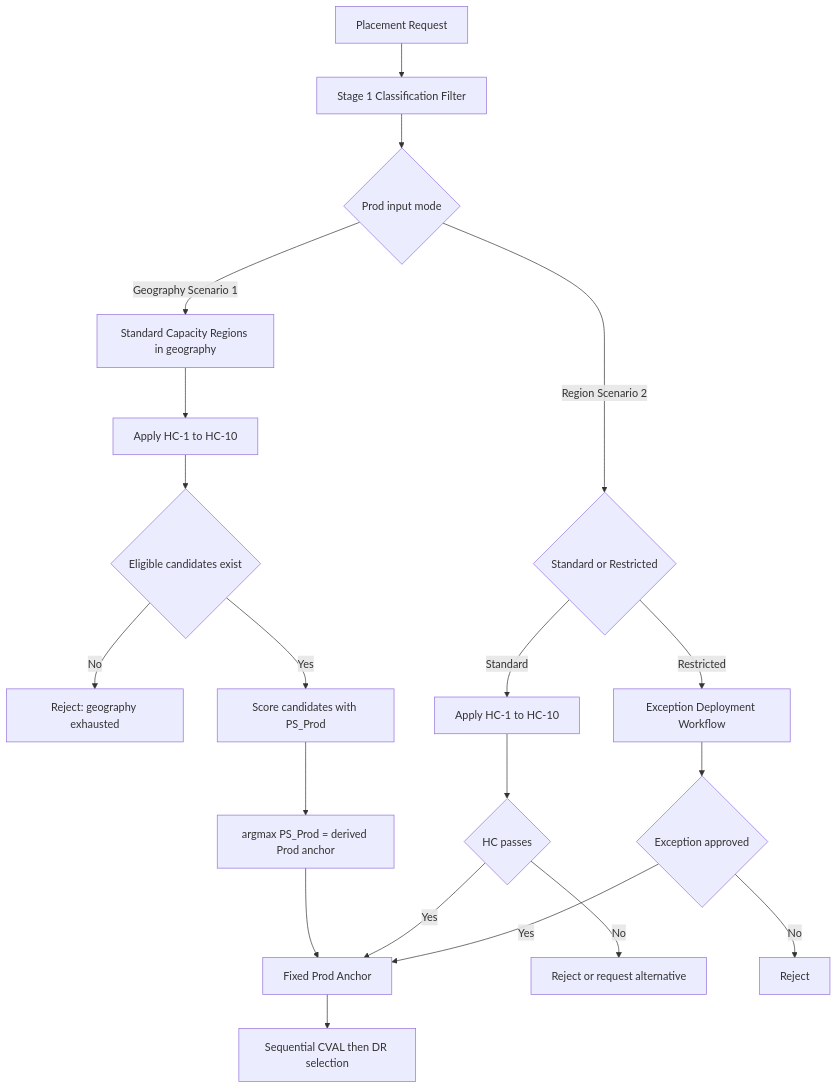
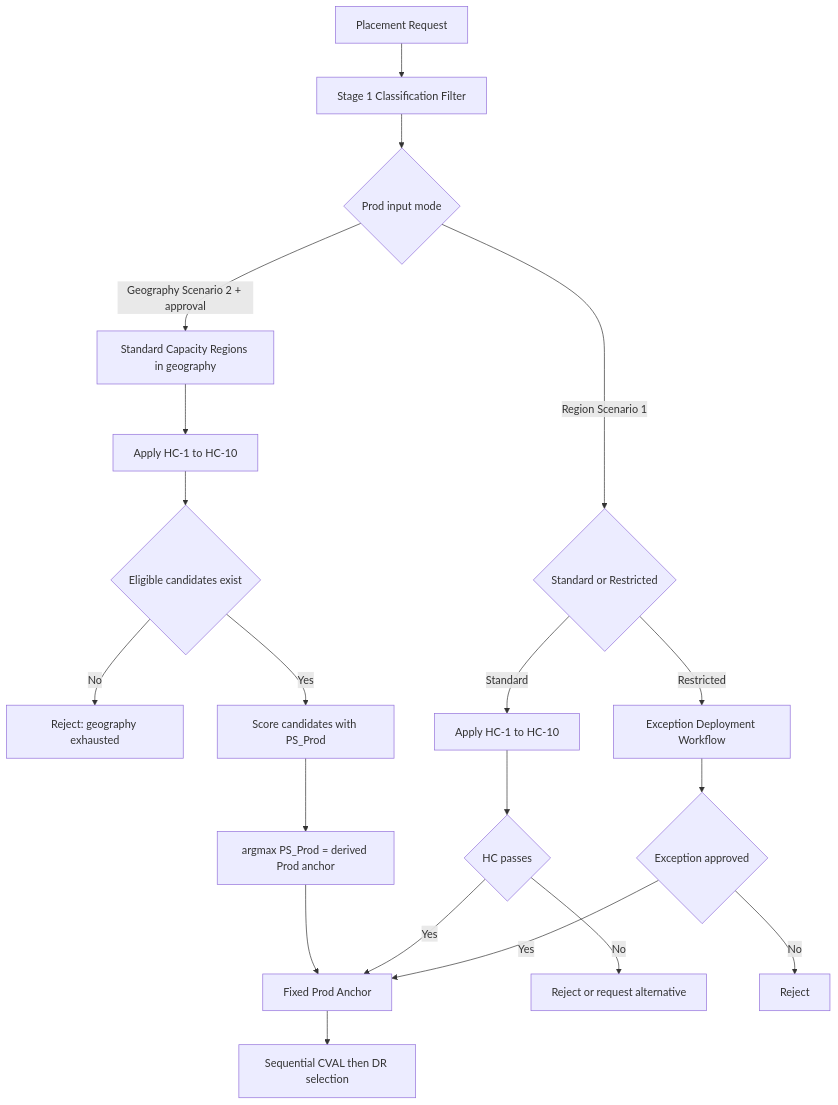
Before and after one commit to vishnu4573/acrme-capacity-reservation: the seventh of 24 diagrams in docs/acrme_production_readiness_review_and_architecture.md, drawn with Mermaid. The commit also changed other lines of this file and 5 other files, not shown here.

````diff
--- a/docs/acrme_production_readiness_review_and_architecture.md
+++ b/docs/acrme_production_readiness_review_and_architecture.md
@@ -914,22 +925,22 @@
 ```mermaid
 flowchart TD
     Input[Placement Request] --> ClassFilter[Stage 1 Classification Filter]
     ClassFilter --> Mode{Prod input mode}
-    Mode -- Geography Scenario 1 --> GeoStd[Standard Capacity Regions in geography]
+    Mode -- Geography Scenario 2 + approval --> GeoStd[Standard Capacity Regions in geography]
     GeoStd --> GeoHC[Apply HC-1 to HC-10]
     GeoHC --> GeoEligible{Eligible candidates exist}
     GeoEligible -- No --> GeoReject[Reject: geography exhausted]
     GeoEligible -- Yes --> GeoScore[Score candidates with PS_Prod]
     GeoScore --> GeoPick[argmax PS_Prod = derived Prod anchor]
     GeoPick --> Anchor[Fixed Prod Anchor]
-    Mode -- Region Scenario 2 --> S2Class{Standard or Restricted}
+    Mode -- Region Scenario 1 --> S2Class{Standard or Restricted}
     S2Class -- Standard --> S2HC[Apply HC-1 to HC-10]
     S2HC --> S2Ok{HC passes}
     S2Ok -- No --> S2Reject[Reject or request alternative]
     S2Ok -- Yes --> Anchor
     S2Class -- Restricted --> ExceptionWf[Exception Deployment Workflow]
     ExceptionWf --> ExApproved{Exception approved}
     ExApproved -- Yes --> Anchor
     ExApproved -- No --> ExReject[Reject]
     Anchor --> SeqSelect[Sequential CVAL then DR selection]
 ```
````
